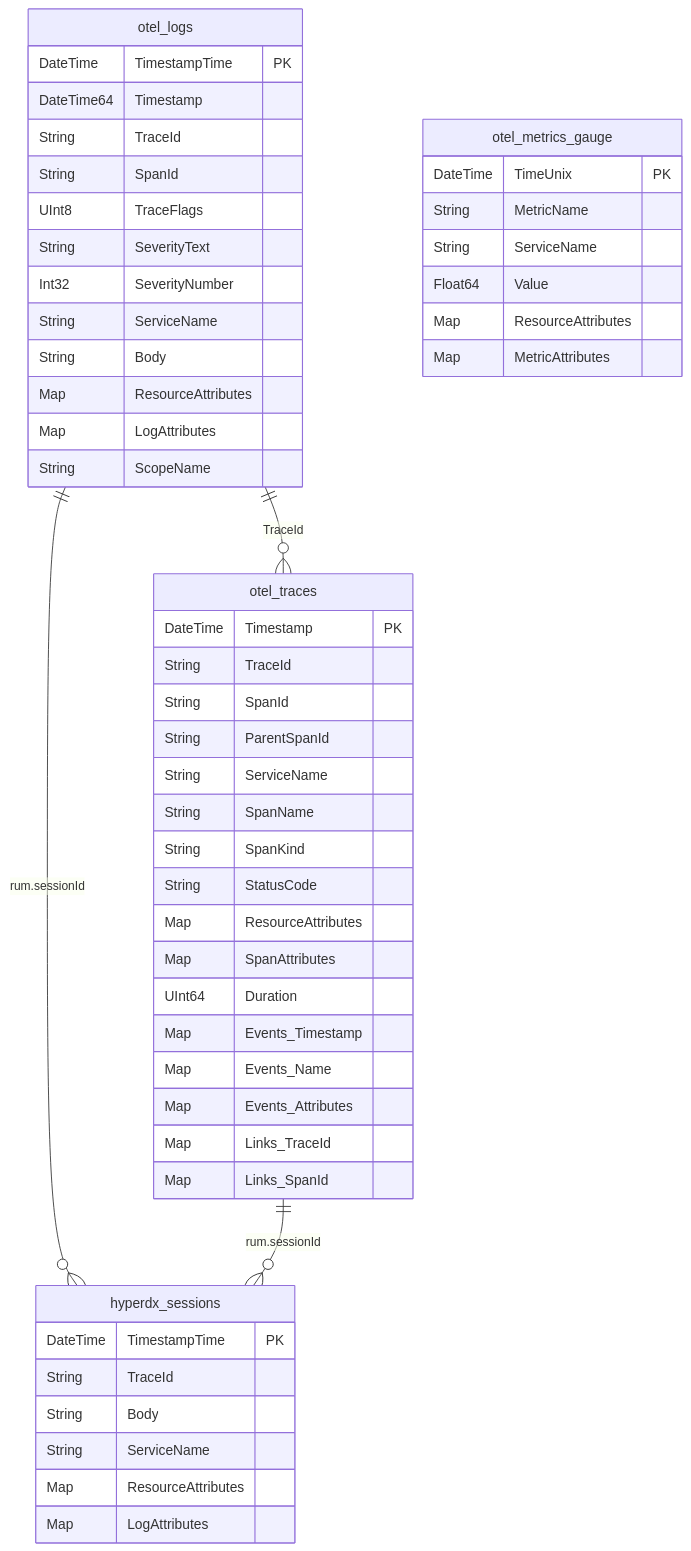
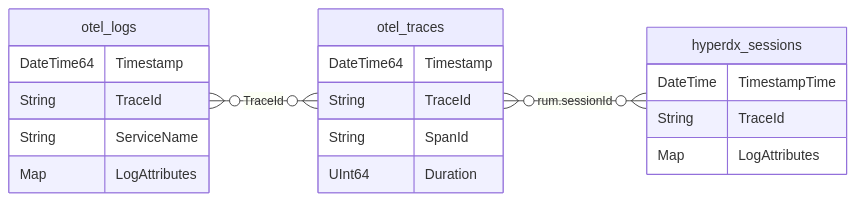
The second of 2 diagrams in docs/architecture/clickhouse-data-model.md (hyperi-io/dfe-hyperdx), drawn with Mermaid before and after one commit. The commit also changed other lines of this file and 24 other files, not shown here.

First line of the commit message:
docs(hyperdx): fix claims and redraw the fork docs diagrams

````diff
--- a/docs/architecture/clickhouse-data-model.md
+++ b/docs/architecture/clickhouse-data-model.md
@@ -61,58 +68,25 @@
 ```mermaid
 erDiagram
+    direction LR
+    accTitle: L4 Detail -- Upstream telemetry tables
+    accDescr: otel_logs and otel_traces share TraceId, and otel_traces links to hyperdx_sessions through the rum.sessionId attribute.
     otel_logs {
-        DateTime TimestampTime PK
+        DateTime64 Timestamp
+        String TraceId
+        String ServiceName
+        Map LogAttributes
+    }
+    otel_traces {
         DateTime64 Timestamp
         String TraceId
         String SpanId
-        UInt8 TraceFlags
-        String SeverityText
-        Int32 SeverityNumber
-        String ServiceName
-        String Body
-        Map ResourceAttributes
-        Map LogAttributes
-        String ScopeName
+        UInt64 Duration
     }
-
-    otel_traces {
-        DateTime Timestamp PK
+    hyperdx_sessions {
+        DateTime TimestampTime
         String TraceId
-        String SpanId
-        String ParentSpanId
-        String ServiceName
-        String SpanName
-        String SpanKind
-        String StatusCode
-        Map ResourceAttributes
-        Map SpanAttributes
-        UInt64 Duration
-        Map Events_Timestamp
-        Map Events_Name
-        Map Events_Attributes
-        Map Links_TraceId
-        Map Links_SpanId
-    }
-
-    hyperdx_sessions {
-        DateTime TimestampTime PK
-        String TraceId
-        String Body
-        String ServiceName
-        Map ResourceAttributes
         Map LogAttributes
     }
-
-    otel_metrics_gauge {
-        DateTime TimeUnix PK
-        String MetricName
-        String ServiceName
-        Float64 Value
-        Map ResourceAttributes
-        Map MetricAttributes
-    }
-
-    otel_logs ||--o{ otel_traces : "TraceId"
-    otel_logs ||--o{ hyperdx_sessions : "rum.sessionId"
-    otel_traces ||--o{ hyperdx_sessions : "rum.sessionId"
+    otel_logs }o--o{ otel_traces : "TraceId"
+    otel_traces }o--o{ hyperdx_sessions : "rum.sessionId"
 ```
````
